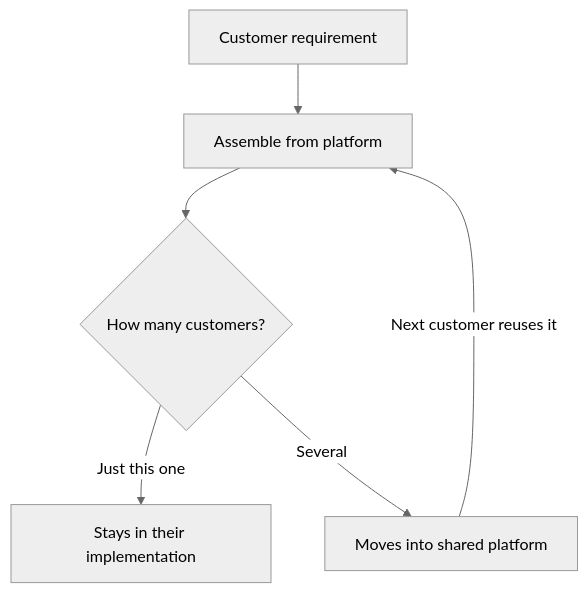
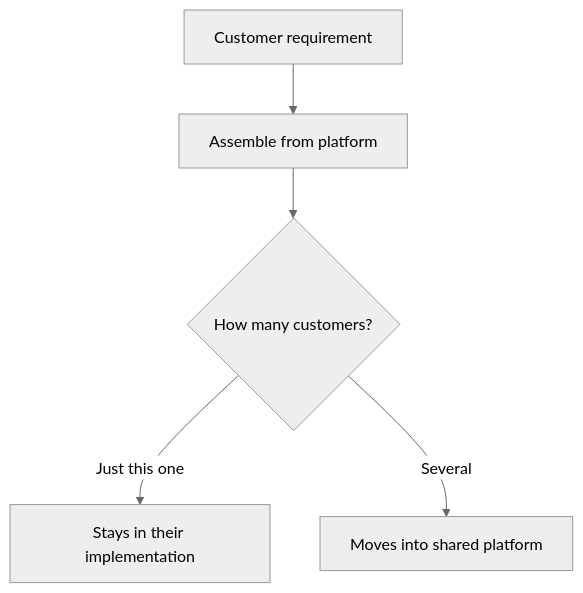
One commit to justmaocom/justmaocom.github.io changed the first of 2 diagrams in _posts/en/2026-09-17-fde-platform-customization-economics.md. Above: the diagram before and after it, drawn with Mermaid (neutral theme). The commit also changed other lines of this file and 8 other files, not shown here.

````diff
--- a/_posts/en/2026-09-17-fde-platform-customization-economics.md
+++ b/_posts/en/2026-09-17-fde-platform-customization-economics.md
@@ -54,8 +54,7 @@
 ```mermaid
 flowchart TD
   A[Customer requirement] --> B[Assemble from platform]
   B --> C{How many customers?}
   C -->|Just this one| D[Stays in their implementation]
   C -->|Several| E[Moves into shared platform]
-  E -->|Next customer reuses it| B
 ```
````
